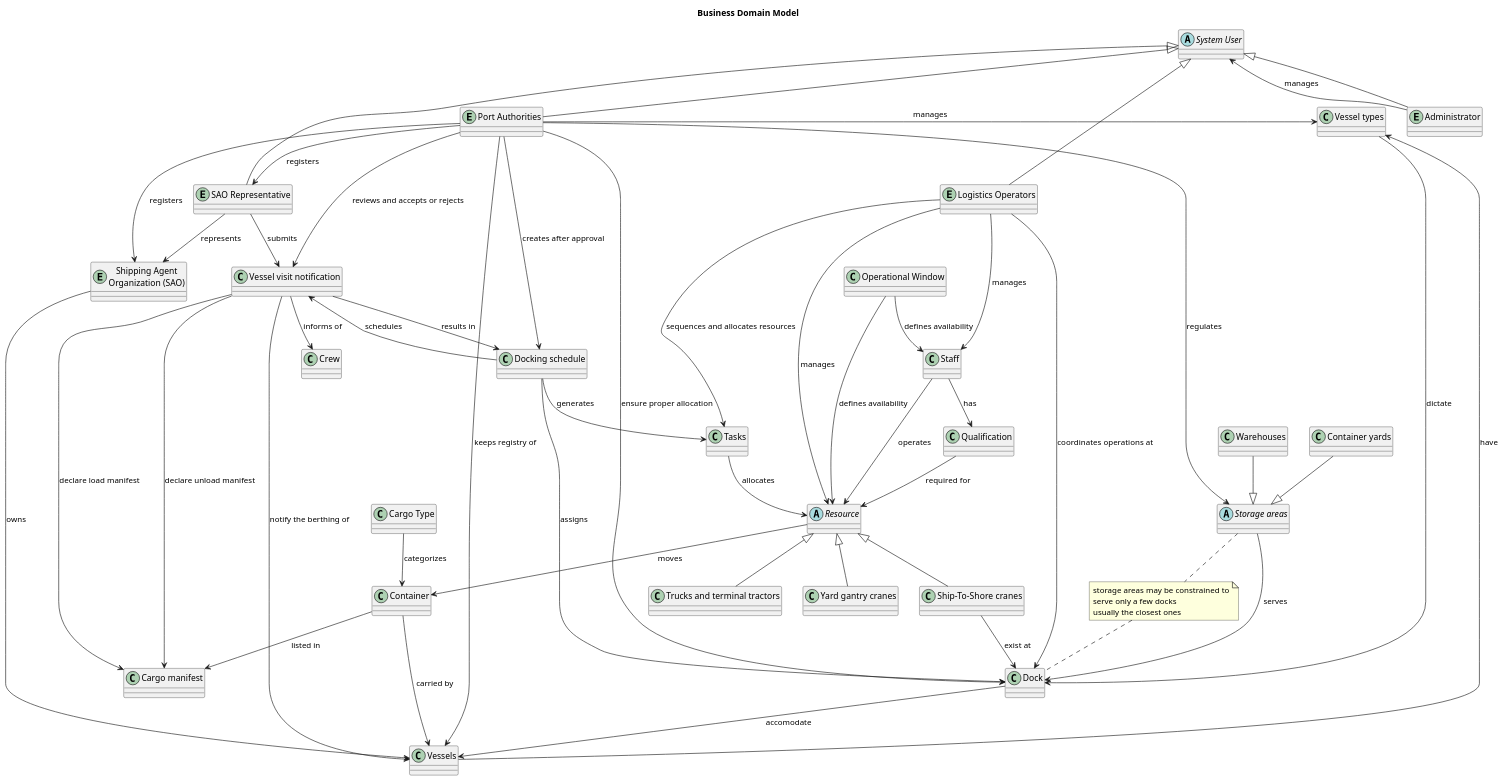
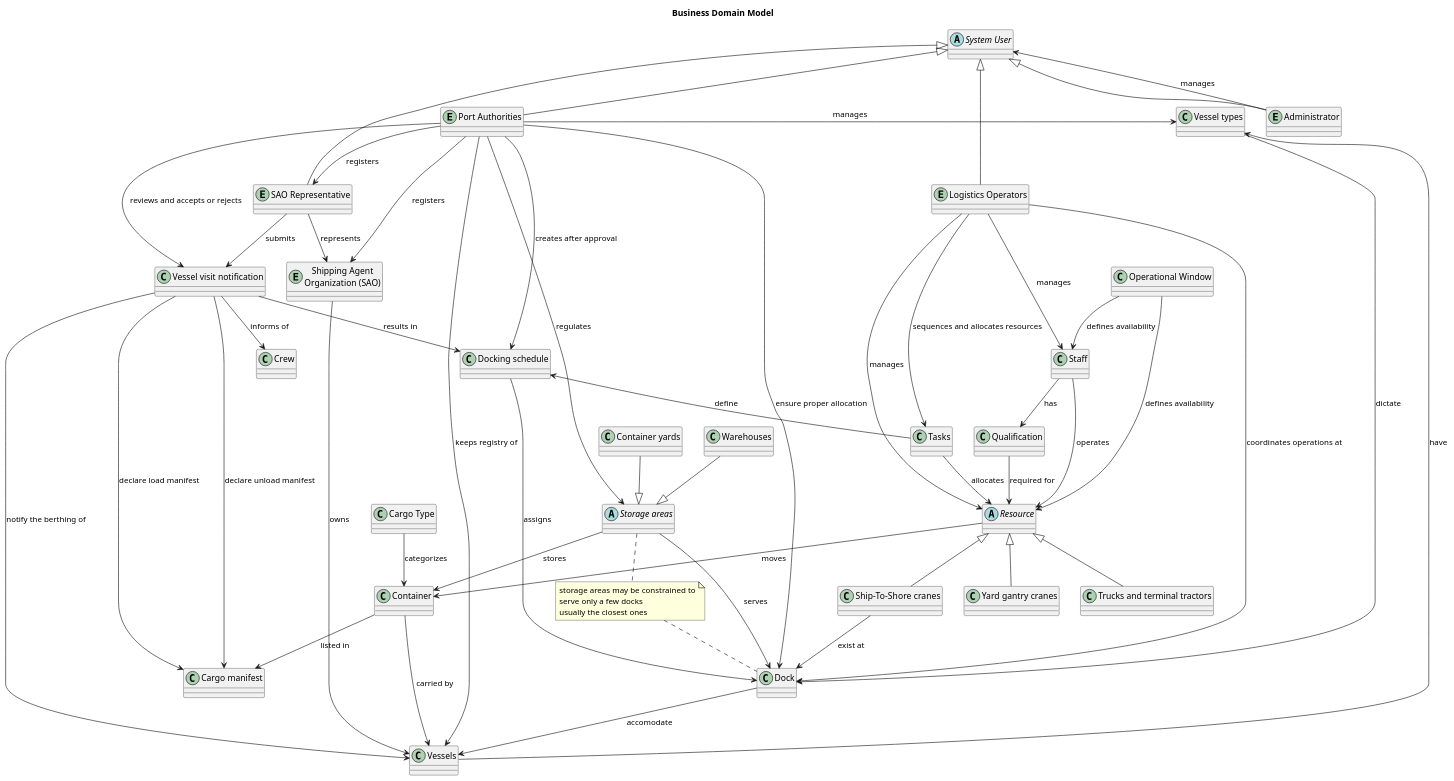
One commit to BernasDzn/portit changed the diagram in docs/sprint_1/global_artifacts/domain/business_model.puml. Above: the diagram before and after it, drawn with PlantUML.

Commit message:
docs(business model): updated concepts following client feedback
ref: #24

```diff
--- a/docs/sprint_1/global_artifacts/domain/business_model.puml
+++ b/docs/sprint_1/global_artifacts/domain/business_model.puml
@@ -1,108 +1,109 @@
 @startuml
 title Business Domain Model
 
     abstract "System User" as user
 
     entity "Port Authorities" as PA
     entity "Shipping Agent\nOrganization (SAO)" as SAO
     entity "SAO Representative" as SAOR
     entity "Logistics Operators" as LO
     entity "Administrator" as AD
 
     class "Staff" as staff
     abstract "Resource" as res
     class "Dock" as docks
     class "Ship-To-Shore cranes" as cranes
     class "Yard gantry cranes" as yg_cranes
     class "Trucks and terminal tractors" as trucks
     class "Tasks" as tasks
     class "Operational Window" as op_window
     class "Qualification" as qualification
 
     abstract "Storage areas" as storage
     class "Container yards" as yards
     class "Warehouses" as warehouse
 
     class "Vessels" as vessels
     class "Vessel types" as vessels_types
 
     class "Vessel visit notification" as vessel_visit
     class "Crew" as crew
     class "Docking schedule" as docking_s
     class "Cargo manifest" as cm
 
     class "Cargo Type" as cargo_type
     class "Container" as container
 
 user <|-- PA
 user <|-- SAOR
 user <|-- LO
 user <|-- AD
 
 AD --> user : "manages"
 
 SAO --> vessels : "owns"
 
 vessels --> vessels_types : "have"
 vessels_types -> docks : "dictate"
 
 PA --> SAO : "registers"
 PA --> SAOR : "registers"
 PA --> vessel_visit : "reviews and accepts or rejects"
 PA --> docks : "ensure proper allocation"
 PA --> storage : "regulates"
 PA -> vessels_types : "manages" 
 PA -> vessels : "keeps registry of"
 PA --> docking_s : "creates after approval"
 
 yards --|> storage
 warehouse --|> storage
 
 storage --> docks : "serves"
 note "storage areas may be constrained to\nserve only a few docks\nusually the closest ones" as N1
 storage .. N1
 N1 .. docks
 
 SAOR --> vessel_visit : "submits"
 SAOR --> SAO : "represents"
 
 vessel_visit --> vessels : "notify the berthing of"
 vessel_visit --> cm : "declare load manifest"
 vessel_visit --> cm : "declare unload manifest"
 vessel_visit --> crew : "informs of"
 vessel_visit --> docking_s : "results in"
 
-docking_s --> vessel_visit : "schedules"
 docking_s --> docks : "assigns"
-docking_s --> tasks : "generates"
+docking_s <-- tasks : "define"
 
 docks --> vessels : "accomodate"
 
 res <|-- cranes
 res <|-- yg_cranes
 res <|-- trucks
 
 res --> container : "moves"
 cranes --> docks : "exist at"
 
 staff --> res : "operates"
 staff --> qualification : "has"
 
 LO --> tasks : "sequences and allocates resources"
 LO ---> staff : "manages"
 LO --> docks : "coordinates operations at"
 LO -->  res : "manages"
 
 tasks --> res : "allocates"
 
 op_window --> res : "defines availability"
 op_window --> staff : "defines availability"
 
 qualification --> res : "required for"
 
 cargo_type --> container : "categorizes"
 
 container --> cm : "listed in"
 container --> vessels : "carried by"
 
+storage --> container : "stores"
+
 @enduml
```
